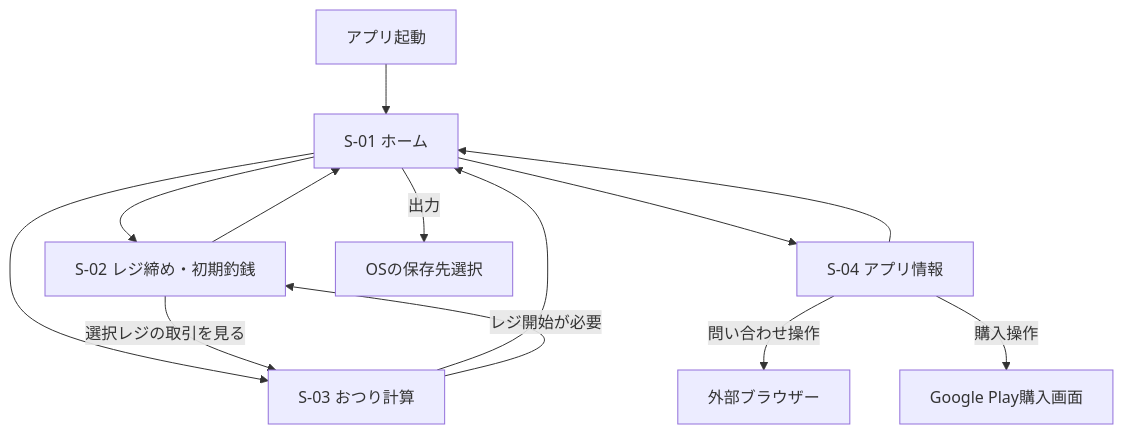
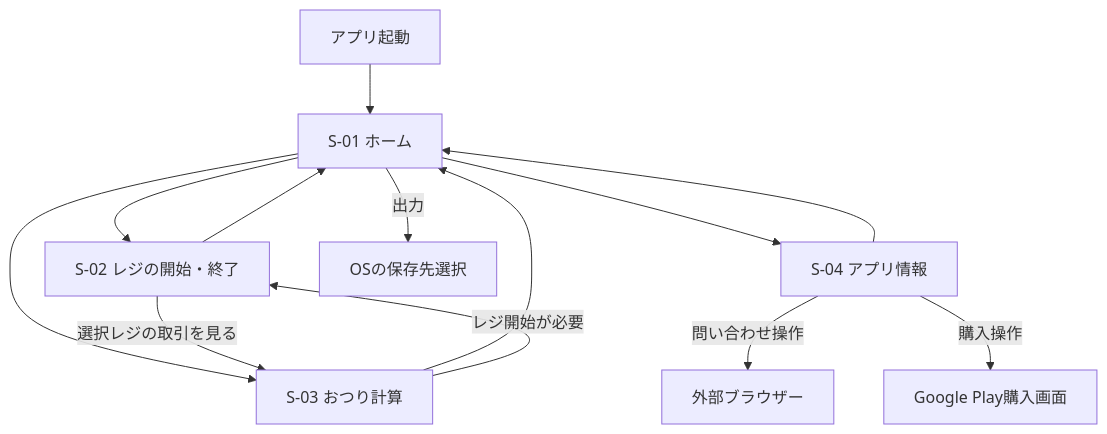
The diagram in doc/10_基本設計書.md (mock108/ubaregi), drawn with Mermaid before and after one commit. The commit also changed other lines of this file and 10 other files, not shown here.

````diff
--- a/doc/10_基本設計書.md
+++ b/doc/10_基本設計書.md
@@ -80,15 +80,15 @@
 ```mermaid
 flowchart TD
     Launch[アプリ起動] --> Home[S-01 ホーム]
-    Home --> Register[S-02 レジ締め・初期釣銭]
+    Home --> Register[S-02 レジの開始・終了]
     Home --> Calculator[S-03 おつり計算]
     Home --> About[S-04 アプリ情報]
     Register --> Home
     Calculator --> Home
     About --> Home
     Calculator -->|レジ開始が必要| Register
     Register -->|選択レジの取引を見る| Calculator
     Home -->|出力| FilePicker[OSの保存先選択]
     About -->|問い合わせ操作| Browser[外部ブラウザー]
     About -->|購入操作| Play[Google Play購入画面]
 ```
````
